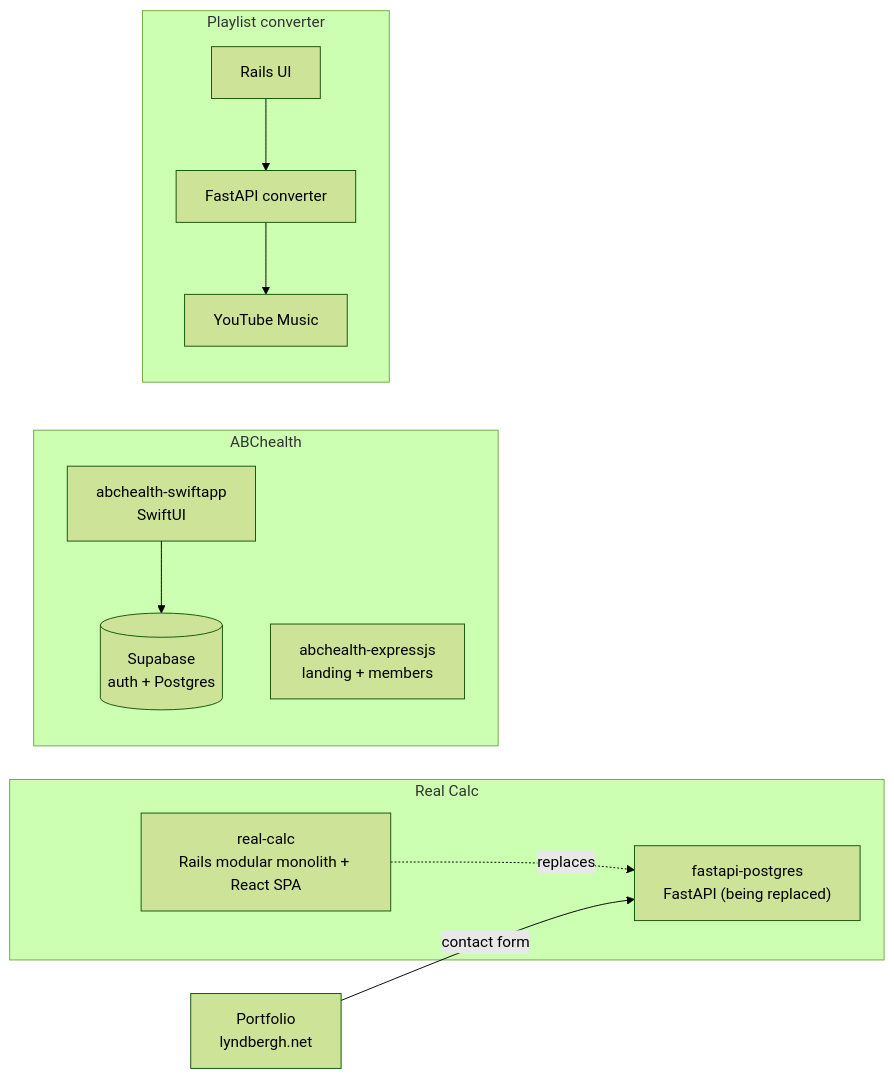
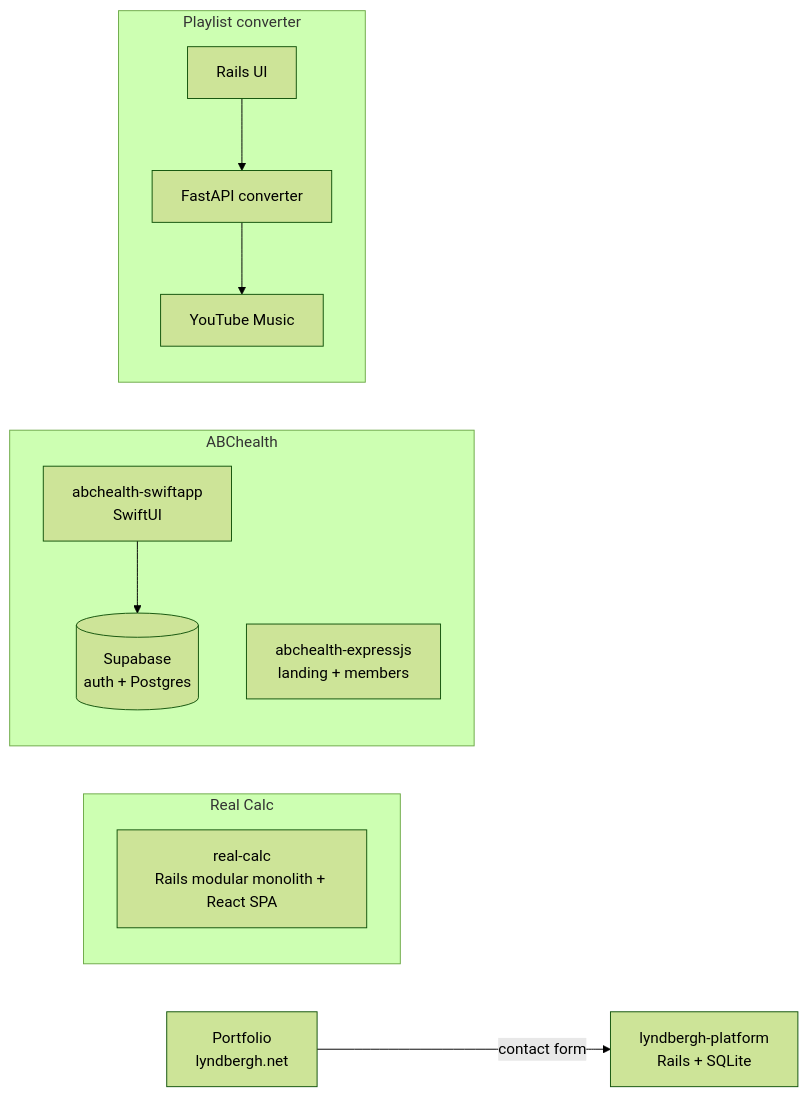
One commit to Lsimelus/lyndbergh-platform changed the first of 2 diagrams in README.md. Above: the diagram before and after it, drawn with Mermaid (forest theme). The commit also changed other lines of this file and 1 other file, not shown here.

First line of the commit message:
chore: stop monitoring the retired fastapi-postgres

````diff
--- a/README.md
+++ b/README.md
@@ -26,16 +25,14 @@
 ```mermaid
 flowchart LR
   subgraph realcalc["Real Calc"]
     rc["real-calc<br/>Rails modular monolith + React SPA"]
-    fp["fastapi-postgres<br/>FastAPI (being replaced)"]
-    rc -.->|replaces| fp
   end
   subgraph abc["ABChealth"]
     ios["abchealth-swiftapp<br/>SwiftUI"] --> supa[("Supabase<br/>auth + Postgres")]
     web["abchealth-expressjs<br/>landing + members"]
   end
   subgraph pvc["Playlist converter"]
     ui["Rails UI"] --> conv["FastAPI converter"] --> ytm["YouTube Music"]
   end
-  pf["Portfolio<br/>lyndbergh.net"] -->|contact form| fp
+  pf["Portfolio<br/>lyndbergh.net"] -->|contact form| plat["lyndbergh-platform<br/>Rails + SQLite"]
 ```
````
